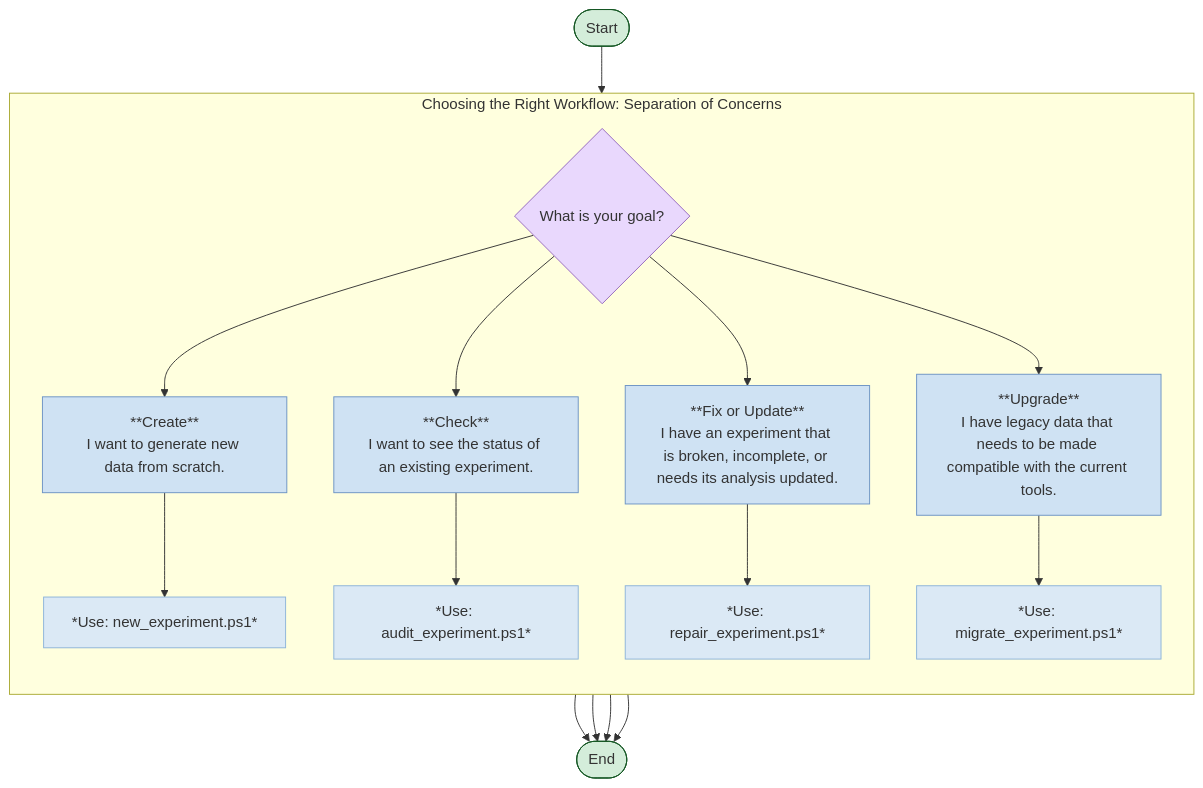
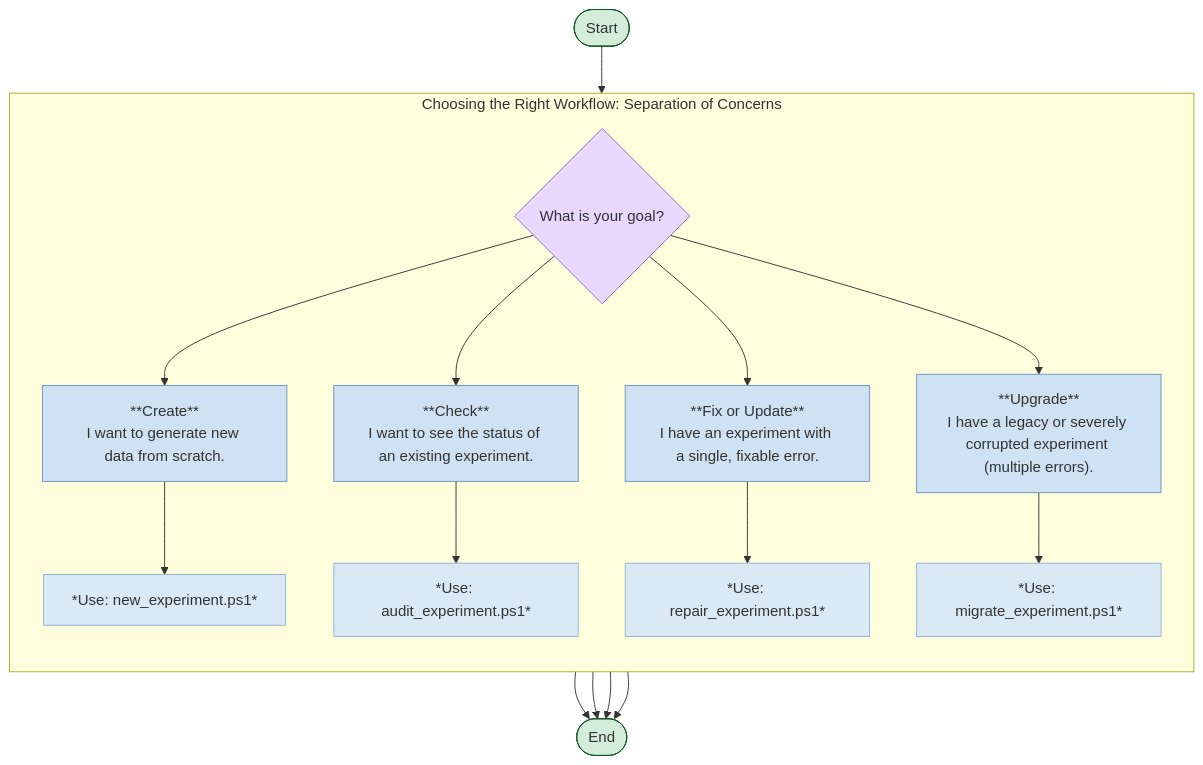
The diagram in docs/diagrams/logic_workflow_chooser.mmd (peterjmarko/llm-narrative-framework), drawn with Mermaid before and after one commit. The commit also changed 9 other files, not shown here.

```diff
--- a/docs/diagrams/logic_workflow_chooser.mmd
+++ b/docs/diagrams/logic_workflow_chooser.mmd
@@ -1,52 +1,52 @@
 graph TD
     %% --- Style Definitions ---
     classDef start_end_node fill:#d4edda,stroke:#155724;
     classDef decision_node fill:#e9d8fd,stroke:#9467bd,color:#333;
     classDef case_node fill:#cfe2f3,stroke:#6c93c4,color:#333;
     classDef instruction_node fill:#dbe9f5,stroke:#8cb3d9,color:#333;
     classDef purpose_node fill:#f0f0f0,stroke:#9e9e9e,color:#333;
 
     %% === Nodes for Decision Tree Workflow ===
     start_node(["Start"]):::start_end_node;
 
     subgraph "Choosing the Right Workflow: Separation of Concerns"
         direction TB
 
         main_decision{"What is your goal?"}:::decision_node
 
         %% Branch 1: Create
         case_1["**Create**<br/>I want to generate new data from scratch."]:::case_node
         instruction_1["*Use: new_experiment.ps1*"]:::instruction_node
         
         %% Branch 2: Check
         case_2["**Check**<br/>I want to see the status of an existing experiment."]:::case_node
         instruction_2["*Use: audit_experiment.ps1*"]:::instruction_node
 
         %% Branch 3: Fix / Update
-        case_3["**Fix or Update**<br/>I have an experiment that is broken, incomplete, or needs its analysis updated."]:::case_node
+        case_3["**Fix or Update**<br/>I have an experiment with a single, fixable error."]:::case_node
         instruction_3["*Use: repair_experiment.ps1*"]:::instruction_node
 
         %% Branch 4: Upgrade
-        case_4["**Upgrade**<br/>I have legacy data that needs to be made compatible with the current tools."]:::case_node
+        case_4["**Upgrade**<br/>I have a legacy or severely corrupted experiment (multiple errors)."]:::case_node
         instruction_4["*Use: migrate_experiment.ps1*"]:::instruction_node
     end
 
     end_node(["End"]):::start_end_node;
 
     %% === Connections ===
     start_node --> main_decision;
 
     main_decision --> case_1;
     main_decision --> case_2;
     main_decision --> case_3;
     main_decision --> case_4;
 
     case_1 --> instruction_1;
     case_2 --> instruction_2;
     case_3 --> instruction_3;
     case_4 --> instruction_4;
     
     instruction_1 --> end_node;
     instruction_2 --> end_node;
     instruction_3 --> end_node;
     instruction_4 --> end_node;
```
